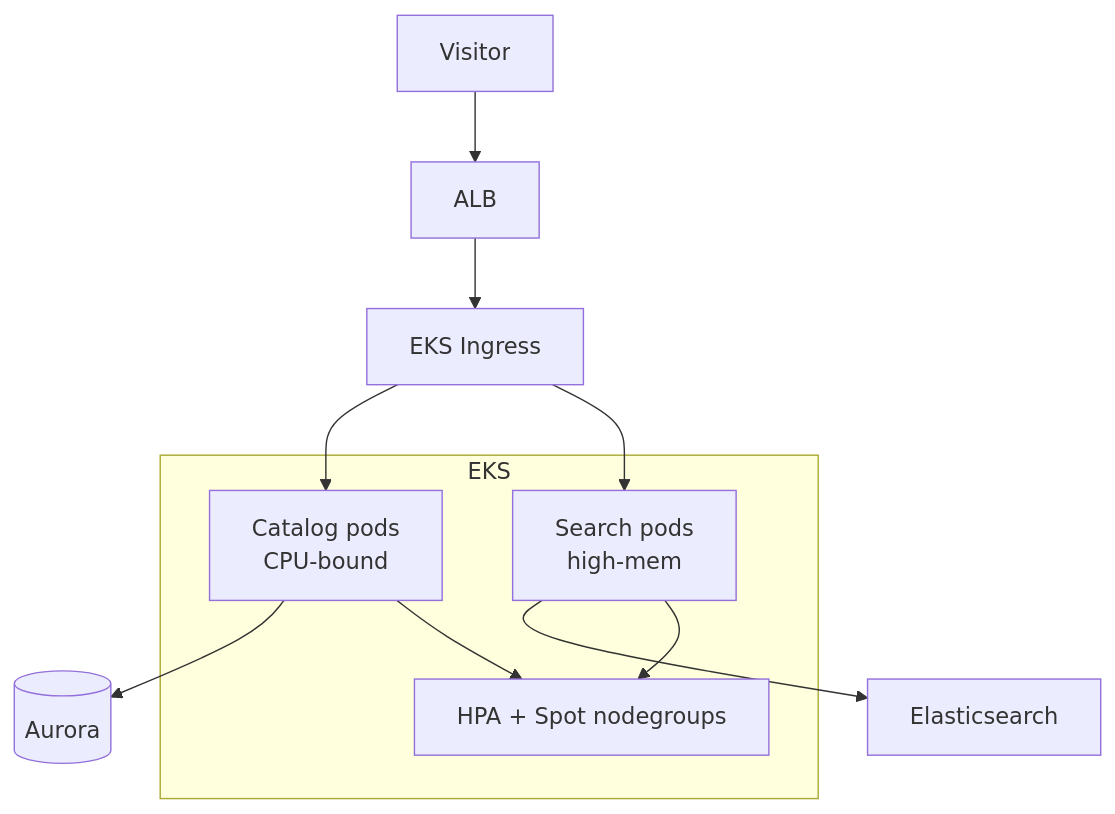
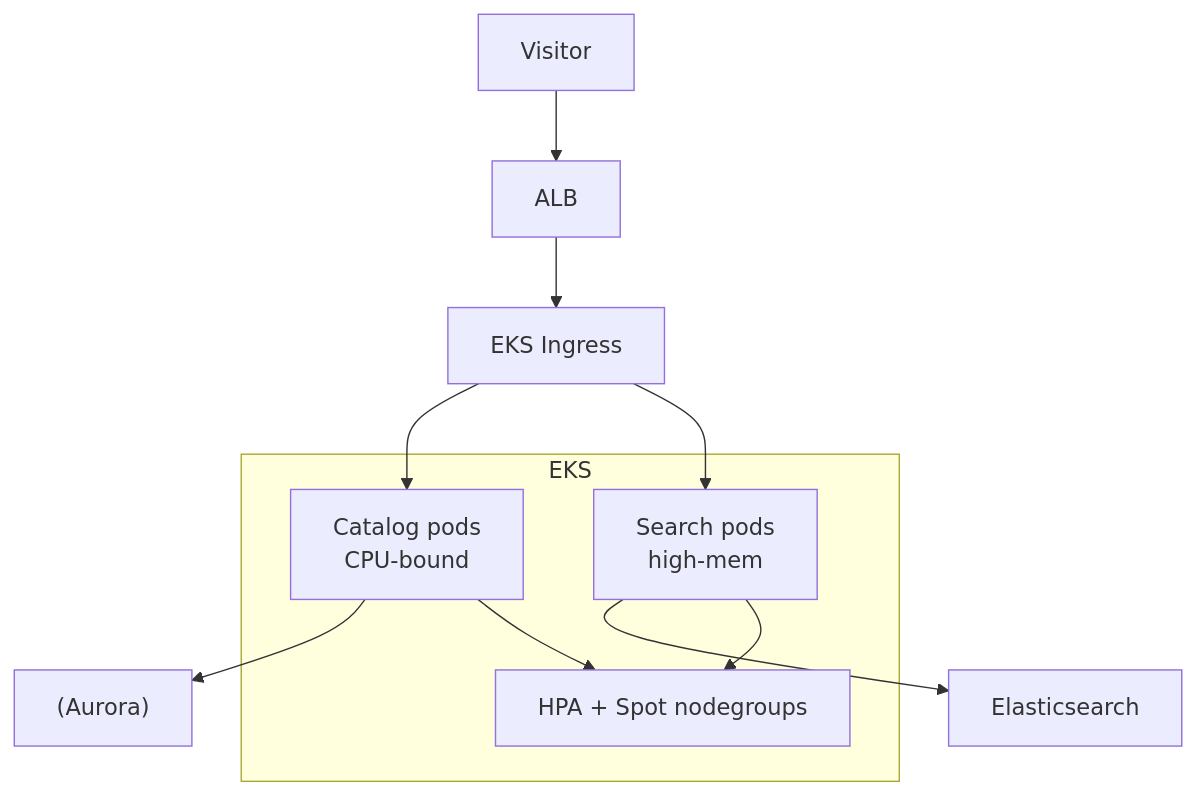
One commit to WhoisMonesh/K8S-Everything changed the diagram in 17-company-cases/wayfair.md. Above: the diagram before and after it, drawn with Mermaid. The commit also changed 62 other files, not shown here.

First line of the commit message:
Fix all Mermaid diagrams for GitHub compatibility

````diff
--- a/17-company-cases/wayfair.md
+++ b/17-company-cases/wayfair.md
@@ -24,14 +24,14 @@
 ```mermaid
 graph TD
     Visitor --> LB[ALB]
     LB --> Ingress[EKS Ingress]
     Ingress --> Catalog[Catalog pods<br/>CPU-bound]
     Ingress --> Search[Search pods<br/>high-mem]
     Search --> ES[Elasticsearch]
-    Catalog --> DB[(Aurora)]
-    subgraph EKS
+    Catalog --> DB["(Aurora)"]
+    subgraph "EKS"
         HPA[HPA + Spot nodegroups]
         Catalog --> HPA
         Search --> HPA
     end
 ```
````
